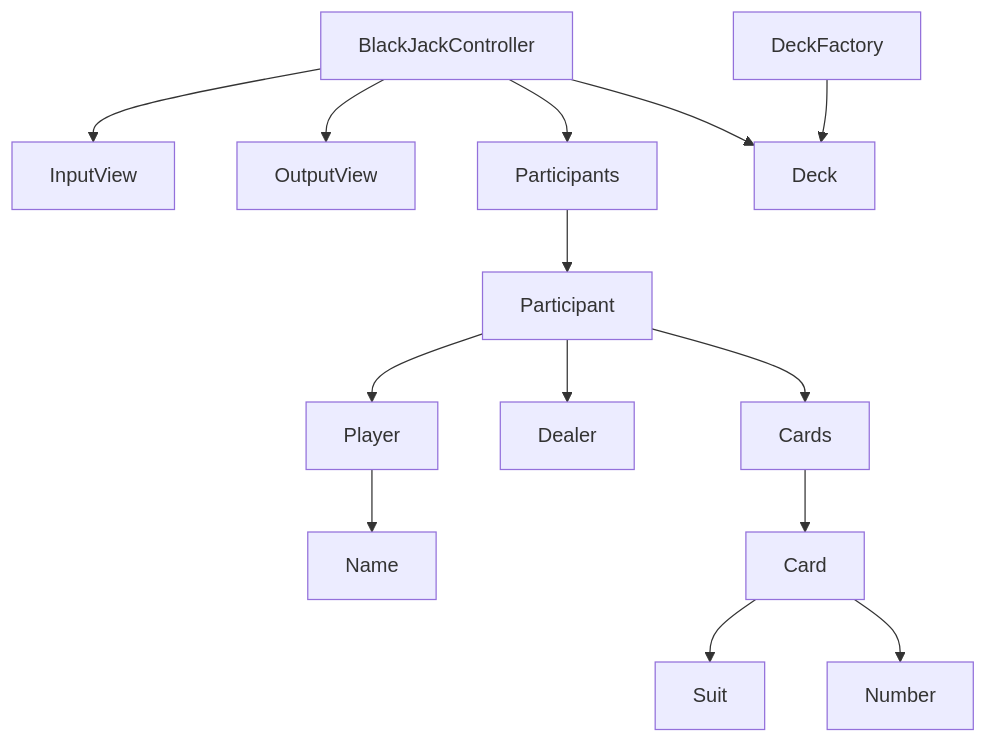
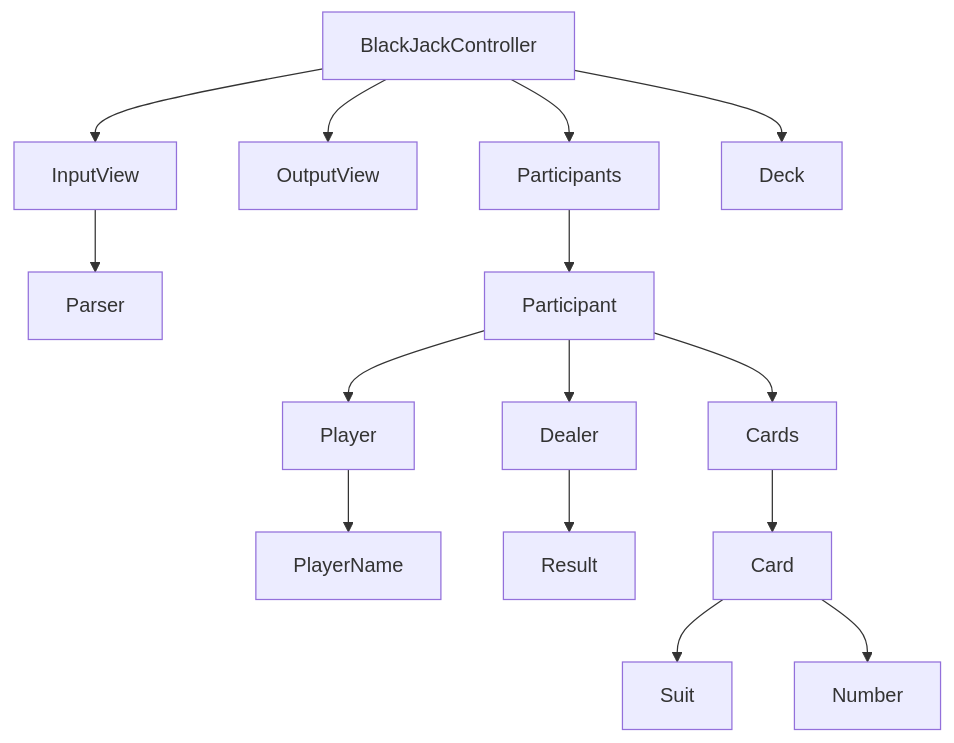
The diagram in README.md (woowacourse/java-blackjack), drawn with Mermaid before and after one commit. The commit also changed other lines of this file and 12 other files, not shown here.

````diff
--- a/README.md
+++ b/README.md
@@ -24,16 +37,17 @@
 ```mermaid
 graph TD
     BlackJackController --> InputView
     BlackJackController --> OutputView
     BlackJackController --> Participants
     BlackJackController --> Deck
+    InputView --> Parser
     Participants --> Participant
     Participant --> Player
     Participant --> Dealer
     Participant --> Cards
-    Player --> Name
-    DeckFactory --> Deck
+    Player --> PlayerName
+    Dealer --> Result
     Cards --> Card
     Card --> Suit
     Card --> Number
 ```
````
